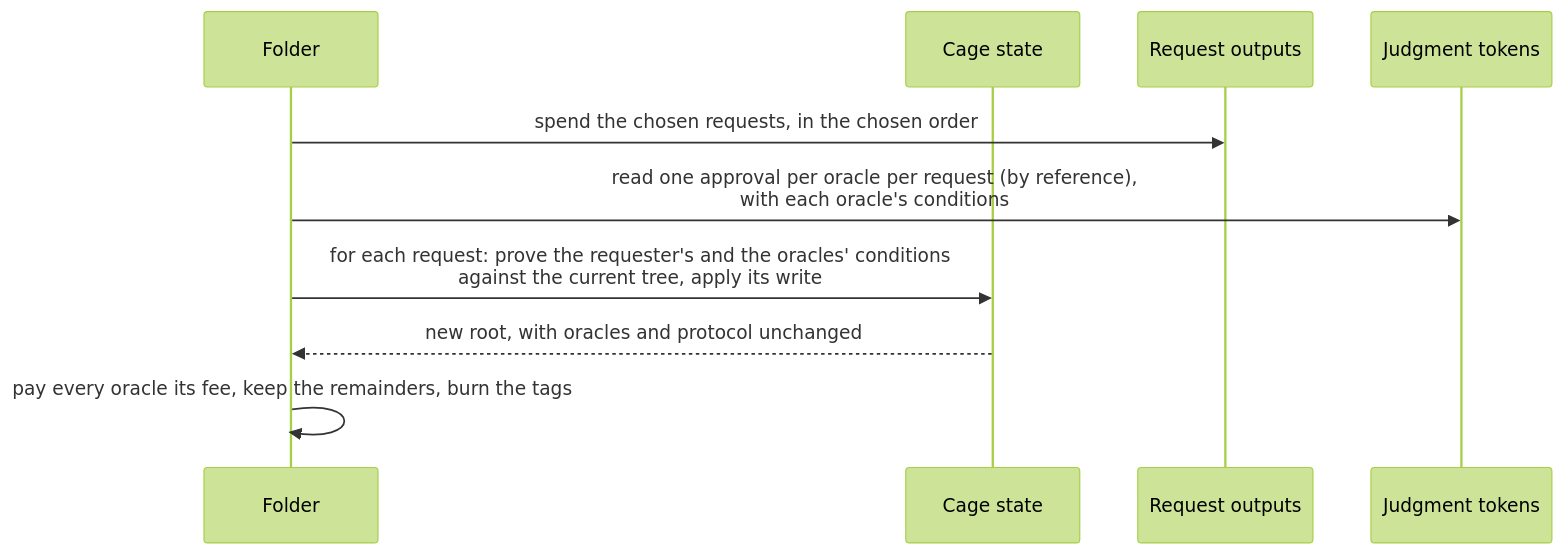
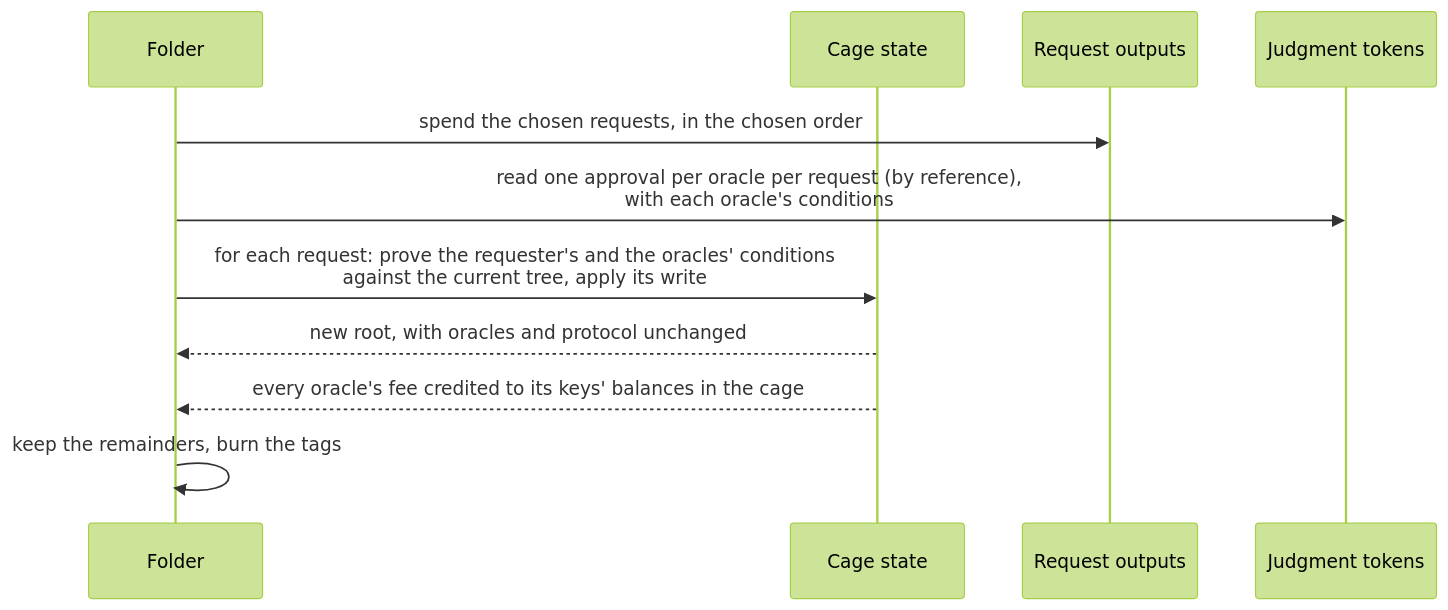
The fifth of 7 diagrams in docs/design/registries/lifecycle.md (cardano-foundation/cardano-mpfs-onchain), drawn with Mermaid (forest theme) before and after one commit. The commit also changed other lines of this file and 8 other files, not shown here.

Commit message:
docs(specs): oracle identities, fees in the cage, claims and complete accounts as fold items

````diff
--- a/docs/design/registries/lifecycle.md
+++ b/docs/design/registries/lifecycle.md
@@ -96,12 +95,13 @@
 ```mermaid
 sequenceDiagram
   participant F as Folder
   participant C as Cage state
   participant Q as Request outputs
   participant J as Judgment tokens
   F->>Q: spend the chosen requests, in the chosen order
   F->>J: read one approval per oracle per request (by reference),<br/>with each oracle's conditions
   F->>C: for each request: prove the requester's and the oracles' conditions<br/>against the current tree, apply its write
   C-->>F: new root, with oracles and protocol unchanged
-  F->>F: pay every oracle its fee, keep the remainders, burn the tags
+  C-->>F: every oracle's fee credited to its keys' balances in the cage
+  F->>F: keep the remainders, burn the tags
 ```
````
